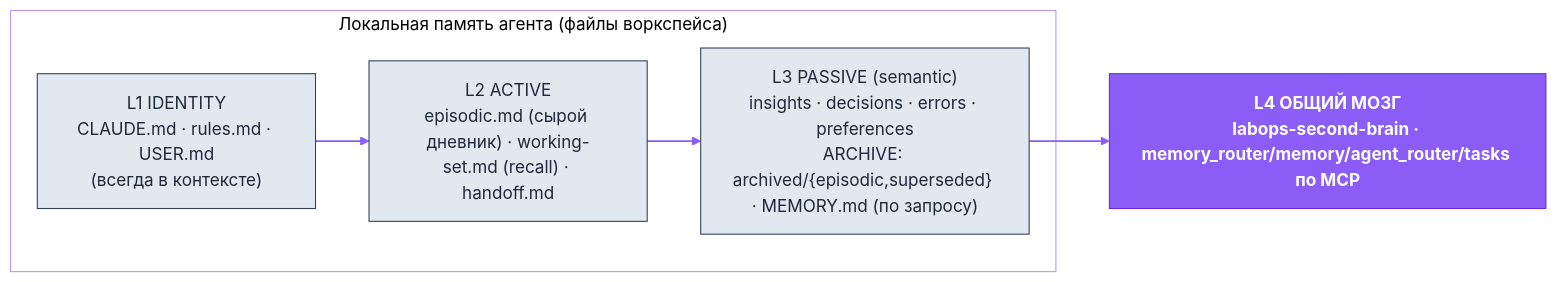
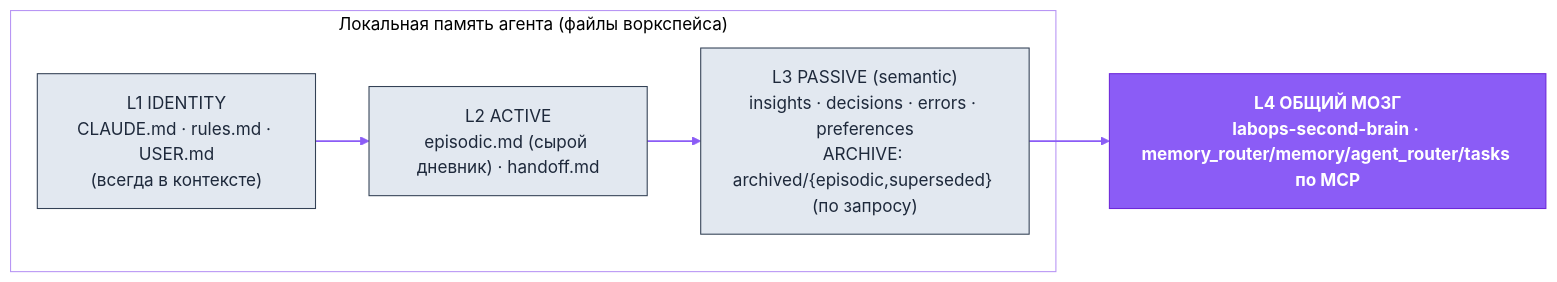
The third of 4 diagrams in agent-architecture/README.ru.md (dediukhinpa/labops-ai-assistant), drawn with Mermaid before and after one commit. The commit also changed other lines of this file and 37 other files, not shown here.

Commit message:
Drop memory files no agent reads and keep operator preferences in context

````diff
--- a/agent-architecture/README.ru.md
+++ b/agent-architecture/README.ru.md
@@ -220,18 +220,18 @@
 ```mermaid
 %%{init: {'theme':'base','themeVariables':{'primaryColor':'#EDE9FE','primaryTextColor':'#4C1D95','primaryBorderColor':'#8B5CF6','lineColor':'#8B5CF6','secondaryColor':'#F1F5F9','tertiaryColor':'#ffffff','clusterBkg':'transparent','clusterBorder':'#B794F4','fontFamily':'Helvetica,Arial,sans-serif'}}}%%
 flowchart LR
   subgraph local["Локальная память агента (файлы воркспейса)"]
     L1["L1 IDENTITY<br/>CLAUDE.md · rules.md · USER.md<br/>(всегда в контексте)"]
-    L2["L2 ACTIVE<br/>episodic.md (сырой дневник) · working-set.md (recall) · handoff.md"]
-    L3["L3 PASSIVE (semantic)<br/>insights · decisions · errors · preferences<br/>ARCHIVE: archived/{episodic,superseded} · MEMORY.md (по запросу)"]
+    L2["L2 ACTIVE<br/>episodic.md (сырой дневник) · handoff.md"]
+    L3["L3 PASSIVE (semantic)<br/>insights · decisions · errors · preferences<br/>ARCHIVE: archived/{episodic,superseded} (по запросу)"]
   end
   L4["L4 ОБЩИЙ МОЗГ<br/>labops-second-brain · memory_router/memory/agent_router/tasks по MCP"]
   L1 --> L2 --> L3 --> L4
   classDef brand fill:#8B5CF6,stroke:#6D28D9,color:#ffffff,font-weight:bold
   classDef ext fill:#CCFBF1,stroke:#0D9488,color:#0F766E
   classDef store fill:#FEF3C7,stroke:#D97706,color:#92400E
   classDef sys fill:#E2E8F0,stroke:#334155,color:#1E293B
   linkStyle default stroke:#8B5CF6,stroke-width:1.5px
   class L4 brand
   class L1,L2,L3 sys
 ```
````
